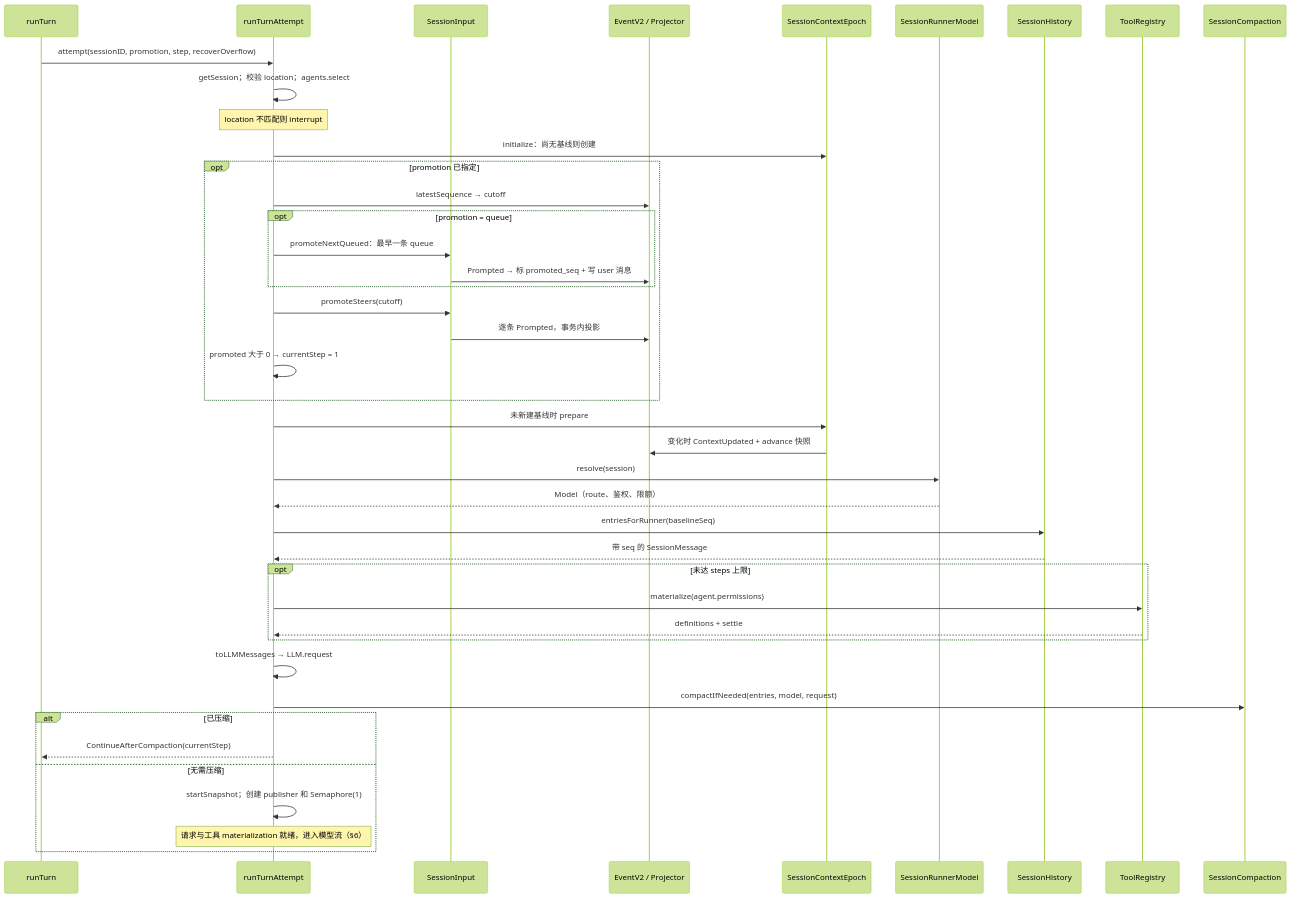
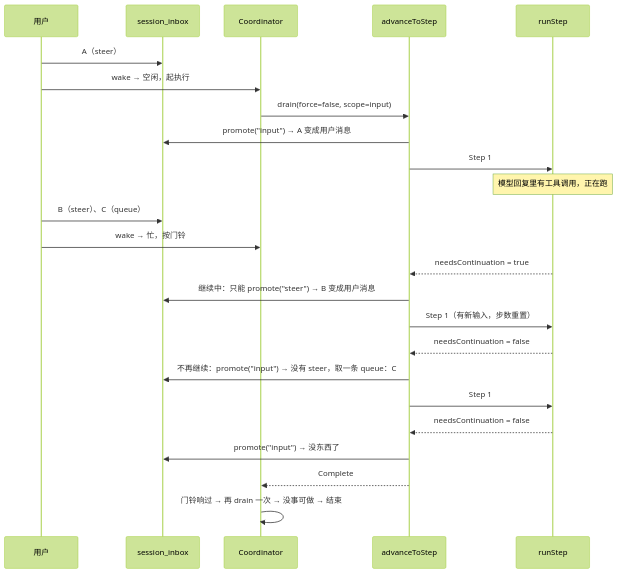
Before and after one commit to nickqiaoo/nickqiaoo.github.io: the seventh of 13 diagrams in src/content/post/agents-opencode/index.md, drawn with Mermaid (forest theme). The commit also changed other lines of this file and 1 other file, not shown here.

First line of the commit message:
docs(agents-opencode): rewrite against the opencode v2 branch

````diff
--- a/src/content/post/agents-opencode/index.md
+++ b/src/content/post/agents-opencode/index.md
@@ -508,44 +449,27 @@
 ```mermaid
 sequenceDiagram
-  participant RN as runTurn
-  participant RT as runTurnAttempt
-  participant IN as SessionInput
-  participant EV as EventV2 / Projector
-  participant CE as SessionContextEpoch
-  participant MO as SessionRunnerModel
-  participant HI as SessionHistory
-  participant TR as ToolRegistry
-  participant CP as SessionCompaction
-  RN->>RT: attempt(sessionID, promotion, step, recoverOverflow)
-  RT->>RT: getSession；校验 location；agents.select
-  Note over RT: location 不匹配则 interrupt
-  RT->>CE: initialize：尚无基线则创建
-  opt promotion 已指定
-    RT->>EV: latestSequence → cutoff
-    opt promotion = queue
-      RT->>IN: promoteNextQueued：最早一条 queue
-      IN->>EV: Prompted → 标 promoted_seq + 写 user 消息
-    end
-    RT->>IN: promoteSteers(cutoff)
-    IN->>EV: 逐条 Prompted，事务内投影
-    RT->>RT: promoted 大于 0 → currentStep = 1
-  end
-  RT->>CE: 未新建基线时 prepare
-  CE->>EV: 变化时 ContextUpdated + advance 快照
-  RT->>MO: resolve(session)
-  MO-->>RT: Model（route、鉴权、限额）
-  RT->>HI: entriesForRunner(baselineSeq)
-  HI-->>RT: 带 seq 的 SessionMessage
-  opt 未达 steps 上限
-    RT->>TR: materialize(agent.permissions)
-    TR-->>RT: definitions + settle
-  end
-  RT->>RT: toLLMMessages → LLM.request
-  RT->>CP: compactIfNeeded(entries, model, request)
-  alt 已压缩
-    RT-->>RN: ContinueAfterCompaction(currentStep)
-  else 无需压缩
-    RT->>RT: startSnapshot；创建 publisher 和 Semaphore(1)
-    Note over RT: 请求与工具 materialization 就绪，进入模型流（§6）
-  end
+  participant U as 用户
+  participant IN as session_inbox
+  participant EX as Coordinator
+  participant AD as advanceToStep
+  participant RS as runStep
+
+  U->>IN: A（steer）
+  U->>EX: wake → 空闲，起执行
+  EX->>AD: drain(force=false, scope=input)
+  AD->>IN: promote("input") → A 变成用户消息
+  AD->>RS: Step 1
+  Note over RS: 模型回复里有工具调用，正在跑
+  U->>IN: B（steer）、C（queue）
+  U->>EX: wake → 忙，按门铃
+  RS-->>AD: needsContinuation = true
+  AD->>IN: 继续中：只能 promote("steer") → B 变成用户消息
+  AD->>RS: Step 1（有新输入，步数重置）
+  RS-->>AD: needsContinuation = false
+  AD->>IN: 不再继续：promote("input") → 没有 steer，取一条 queue：C
+  AD->>RS: Step 1
+  RS-->>AD: needsContinuation = false
+  AD->>IN: promote("input") → 没东西了
+  AD-->>EX: Complete
+  EX->>EX: 门铃响过 → 再 drain 一次 → 没事可做 → 结束
 ```
````
